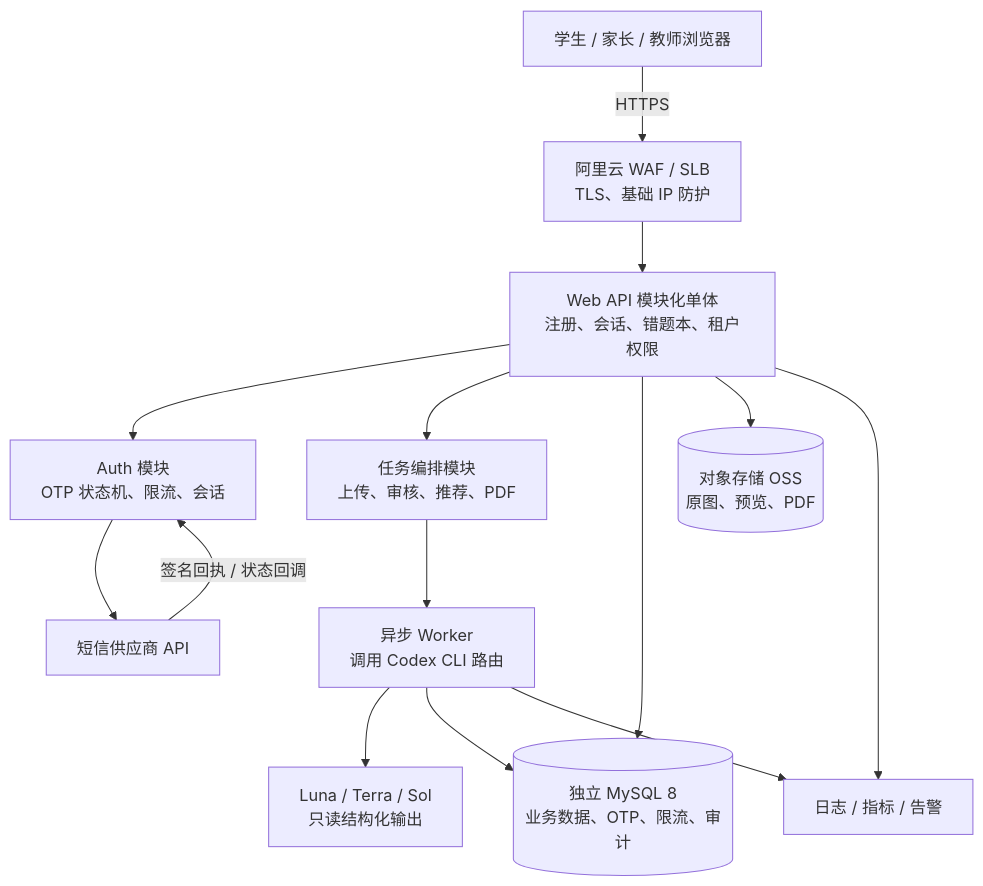
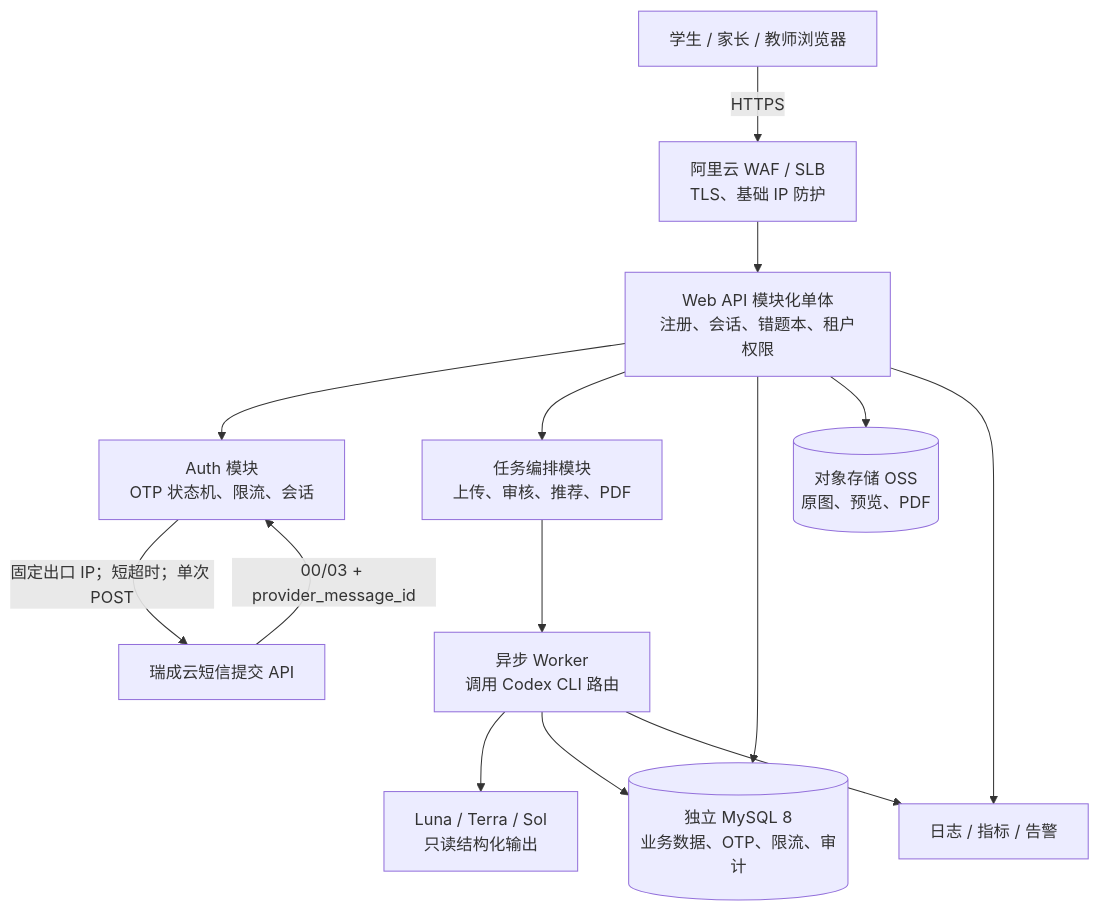
Before and after one commit to chjesu/lizhaolin-math-error-notebook: the first of 4 diagrams in docs/web/03-TECHNICAL-ARCHITECTURE.md, drawn with Mermaid. The commit also changed other lines of this file and 9 other files, not shown here.

````diff
--- a/docs/web/03-TECHNICAL-ARCHITECTURE.md
+++ b/docs/web/03-TECHNICAL-ARCHITECTURE.md
@@ -11,16 +11,16 @@
 ```mermaid
 flowchart TB
     U[学生 / 家长 / 教师浏览器] -->|HTTPS| WAF[阿里云 WAF / SLB\nTLS、基础 IP 防护]
     WAF --> API[Web API 模块化单体\n注册、会话、错题本、租户权限]
     API --> AUTH[Auth 模块\nOTP 状态机、限流、会话]
     API --> JOB[任务编排模块\n上传、审核、推荐、PDF]
     JOB --> WORKER[异步 Worker\n调用 Codex CLI 路由]
     WORKER --> MODELS[Luna / Terra / Sol\n只读结构化输出]
     API --> MYSQL[(独立 MySQL 8\n业务数据、OTP、限流、审计)]
     WORKER --> MYSQL
-    AUTH --> SMS[短信供应商 API]
-    SMS -->|签名回执 / 状态回调| AUTH
+    AUTH -->|固定出口 IP；短超时；单次 POST| SMS[瑞成云短信提交 API]
+    SMS -->|00/03 + provider_message_id| AUTH
     API --> OSS[(对象存储 OSS\n原图、预览、PDF)]
     API --> OBS[日志 / 指标 / 告警]
     WORKER --> OBS
 ```
````
